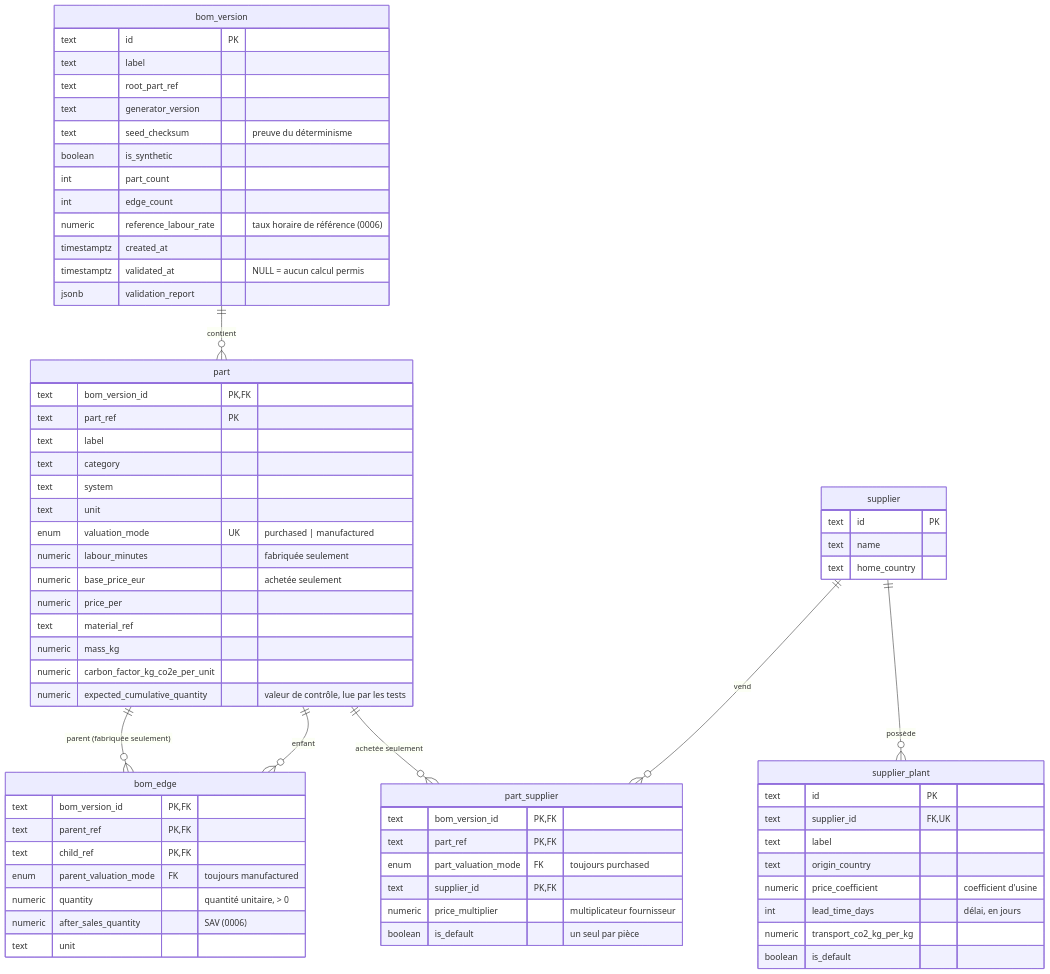
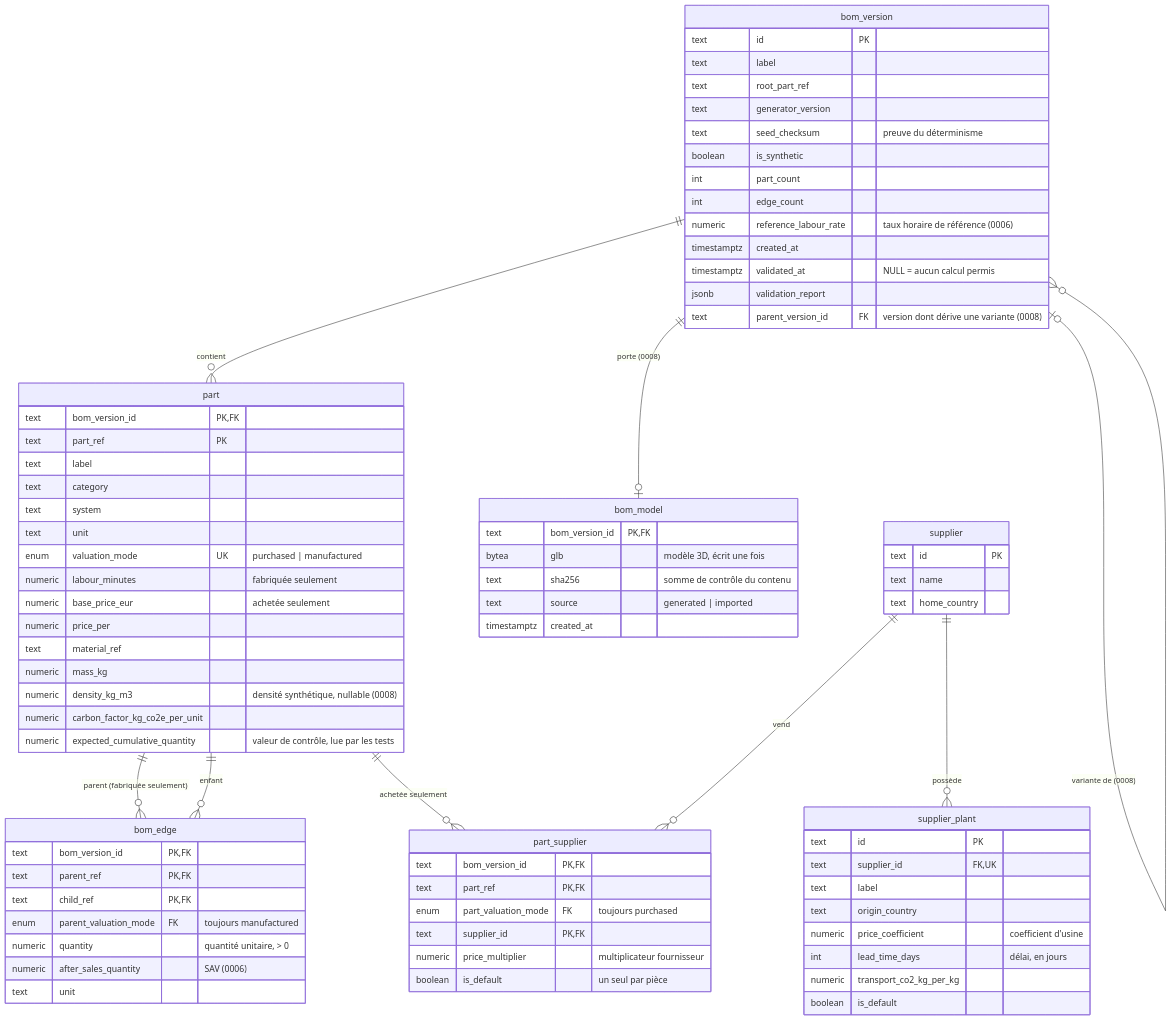
One commit to 3-Istor/NLPF changed the first of 3 diagrams in car-cost/docs/schema-base.md. Above: the diagram before and after it, drawn with Mermaid. The commit also changed other lines of this file and 5 other files, not shown here.

First line of the commit message:
Ajouter la migration 0008 : modèle 3D par version, densité et parenté

````diff
--- a/car-cost/docs/schema-base.md
+++ b/car-cost/docs/schema-base.md
@@ -20,6 +20,8 @@
 ```mermaid
 erDiagram
     bom_version ||--o{ part : "contient"
+    bom_version ||--o| bom_model : "porte (0008)"
+    bom_version |o--o{ bom_version : "variante de (0008)"
     part ||--o{ bom_edge : "parent (fabriquée seulement)"
     part ||--o{ bom_edge : "enfant"
     part ||--o{ part_supplier : "achetée seulement"
@@ -39,6 +41,14 @@
         timestamptz created_at
         timestamptz validated_at "NULL = aucun calcul permis"
         jsonb validation_report
+        text parent_version_id FK "version dont dérive une variante (0008)"
+    }
+    bom_model {
+        text bom_version_id PK,FK
+        bytea glb "modèle 3D, écrit une fois"
+        text sha256 "somme de contrôle du contenu"
+        text source "generated | imported"
+        timestamptz created_at
     }
     part {
         text bom_version_id PK,FK
@@ -53,6 +63,7 @@
         numeric price_per
         text material_ref
         numeric mass_kg
+        numeric density_kg_m3 "densité synthétique, nullable (0008)"
         numeric carbon_factor_kg_co2e_per_unit
         numeric expected_cumulative_quantity "valeur de contrôle, lue par les tests"
     }
````
